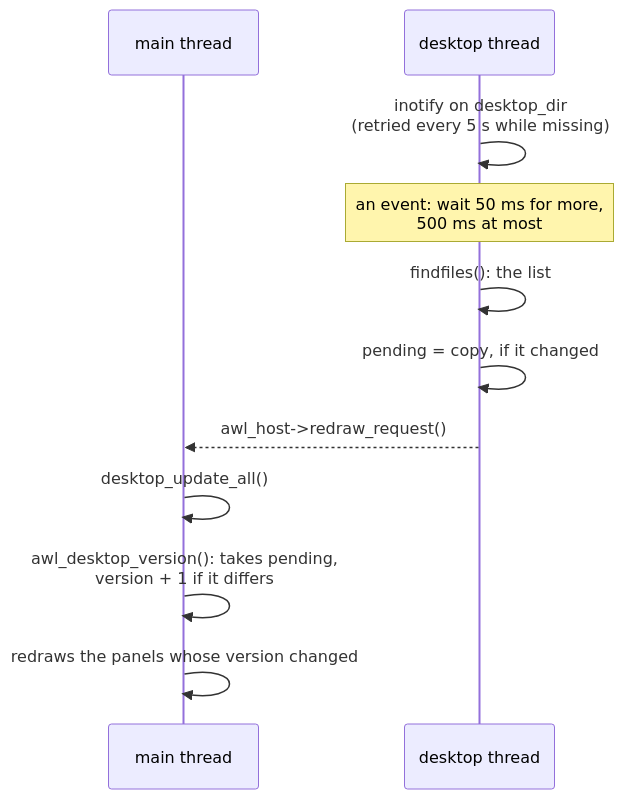
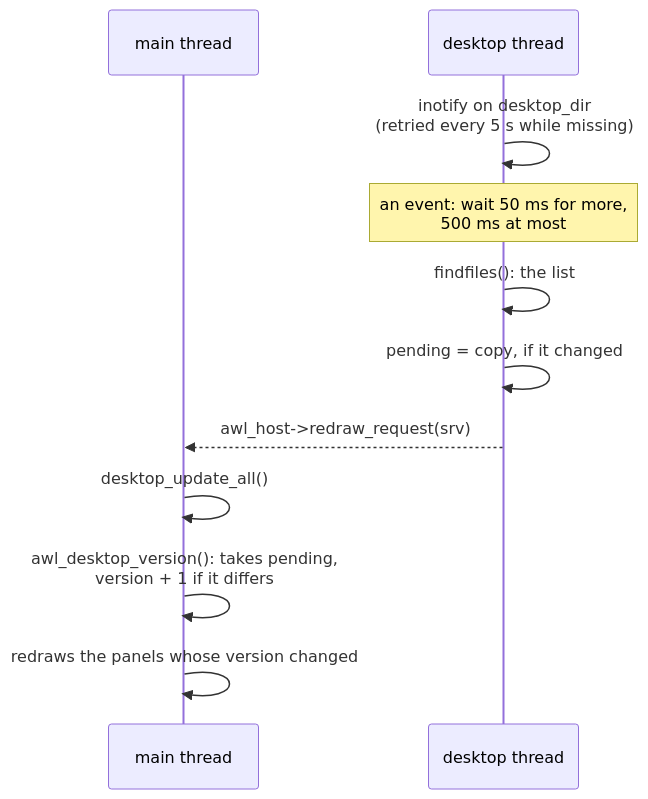
One commit to alcubierre-drive/awl changed the seventh of 8 diagrams in doc/threads.rst. Above: the diagram before and after it, drawn with Mermaid. The commit also changed other lines of this file and 60 other files, not shown here.

```diff
--- a/doc/threads.rst
+++ b/doc/threads.rst
@@ -303,13 +305,13 @@
 .. mermaid::
 
    sequenceDiagram
      participant M as main thread
      participant S as desktop thread
      S->>S: inotify on desktop_dir<br/>(retried every 5 s while missing)
      Note over S: an event: wait 50 ms for more,<br/>500 ms at most
      S->>S: findfiles(): the list
      S->>S: pending = copy, if it changed
-     S-->>M: awl_host->redraw_request()
+     S-->>M: awl_host->redraw_request(srv)
      M->>M: desktop_update_all()
      M->>M: awl_desktop_version(): takes pending,<br/>version + 1 if it differs
      M->>M: redraws the panels whose version changed
```
